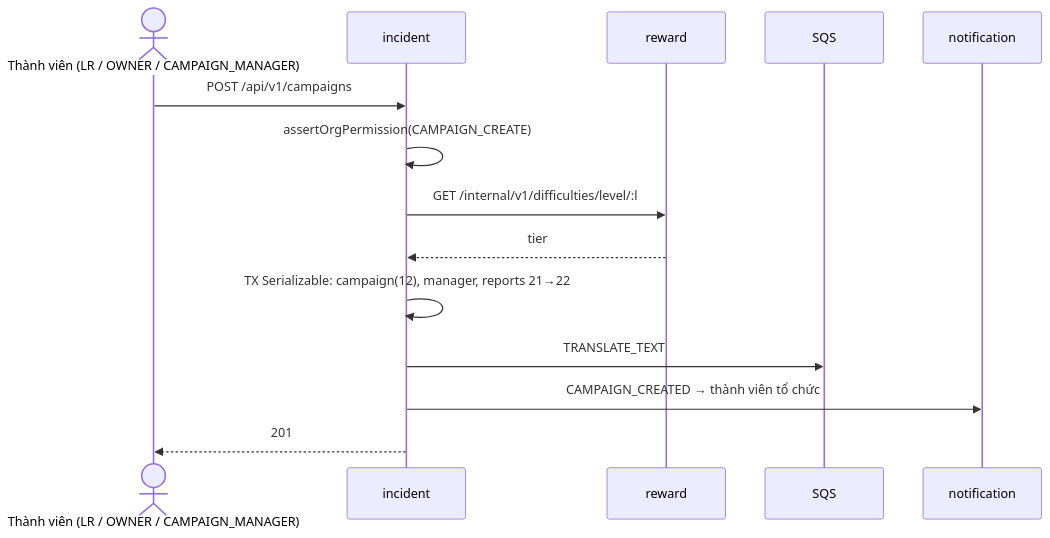
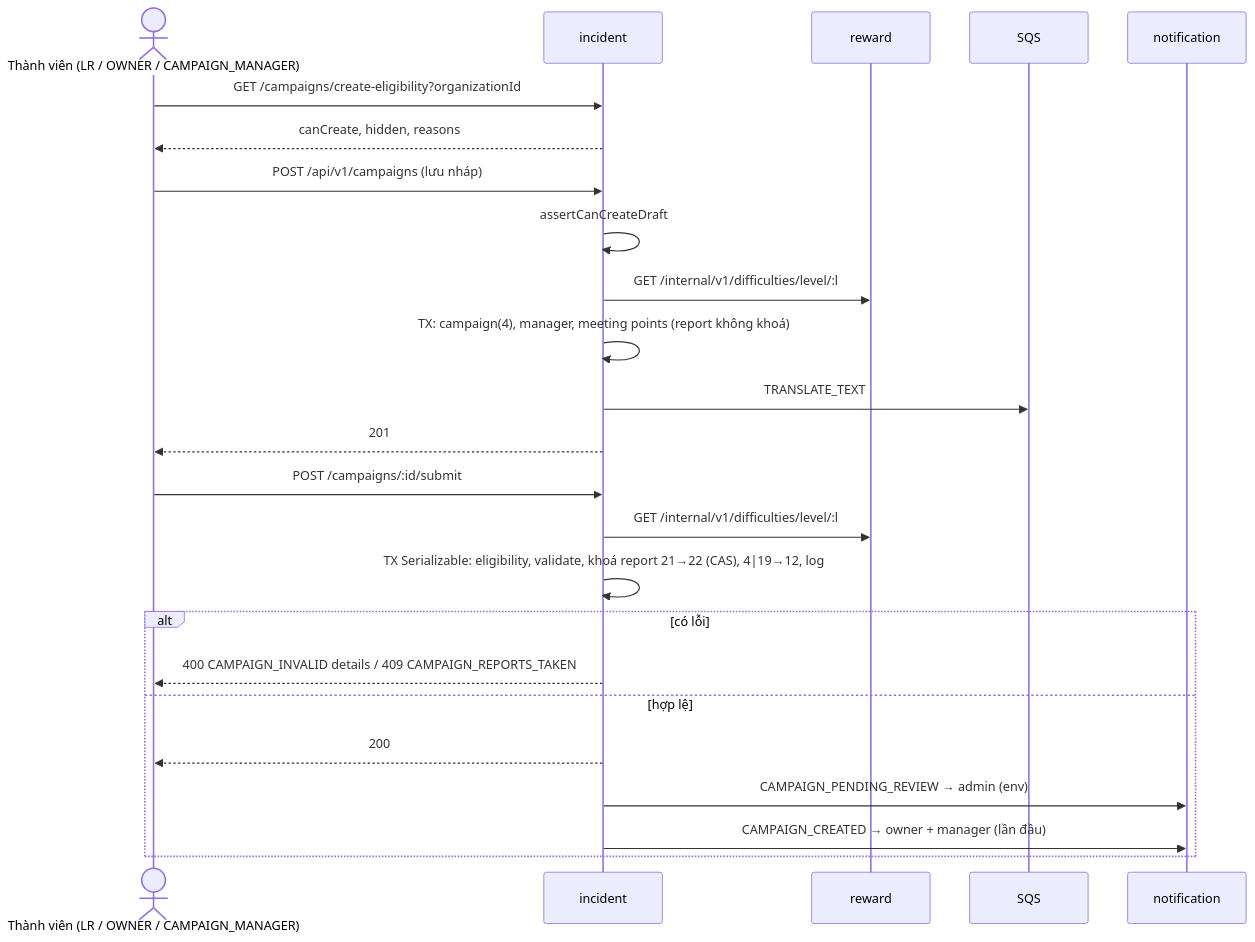
Diagram 16 of 26 in 02-business-flows.md (DOAN2-UQT-KN/ecolink-docs), drawn with Mermaid before and after one commit. The commit also changed other lines of this file and 9 other files, not shown here.

Commit message:
docs: campaign lifecycle phases 1-2 (draft, submit, admin review, meeting points)

````diff
--- a/02-business-flows.md
+++ b/02-business-flows.md
@@ -671,16 +682,26 @@
 ```mermaid
 sequenceDiagram
   actor O as Thành viên (LR / OWNER / CAMPAIGN_MANAGER)
   participant INC as incident
   participant RW as reward
   participant Q as SQS
   participant NS as notification
-  O->>INC: POST /api/v1/campaigns
-  INC->>INC: assertOrgPermission(CAMPAIGN_CREATE)
+  O->>INC: GET /campaigns/create-eligibility?organizationId
+  INC-->>O: canCreate, hidden, reasons
+  O->>INC: POST /api/v1/campaigns (lưu nháp)
+  INC->>INC: assertCanCreateDraft
   INC->>RW: GET /internal/v1/difficulties/level/:l
-  RW-->>INC: tier
-  INC->>INC: TX Serializable: campaign(12), manager, reports 21→22
+  INC->>INC: TX: campaign(4), manager, meeting points (report không khoá)
   INC->>Q: TRANSLATE_TEXT
-  INC->>NS: CAMPAIGN_CREATED → thành viên tổ chức
   INC-->>O: 201
+  O->>INC: POST /campaigns/:id/submit
+  INC->>RW: GET /internal/v1/difficulties/level/:l
+  INC->>INC: TX Serializable: eligibility, validate, khoá report 21→22 (CAS), 4|19→12, log
+  alt có lỗi
+    INC-->>O: 400 CAMPAIGN_INVALID details / 409 CAMPAIGN_REPORTS_TAKEN
+  else hợp lệ
+    INC-->>O: 200
+    INC->>NS: CAMPAIGN_PENDING_REVIEW → admin (env)
+    INC->>NS: CAMPAIGN_CREATED → owner + manager (lần đầu)
+  end
 ```
````
